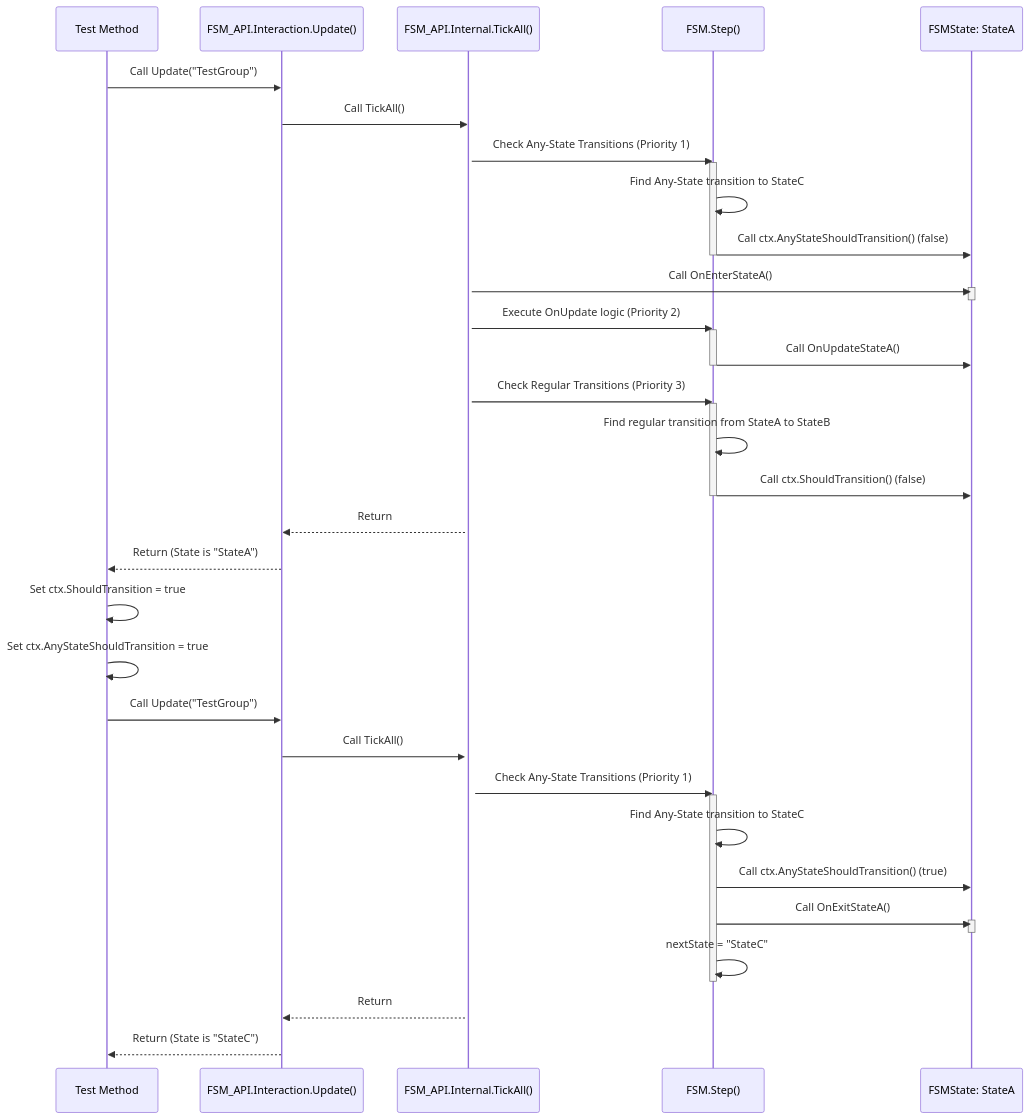
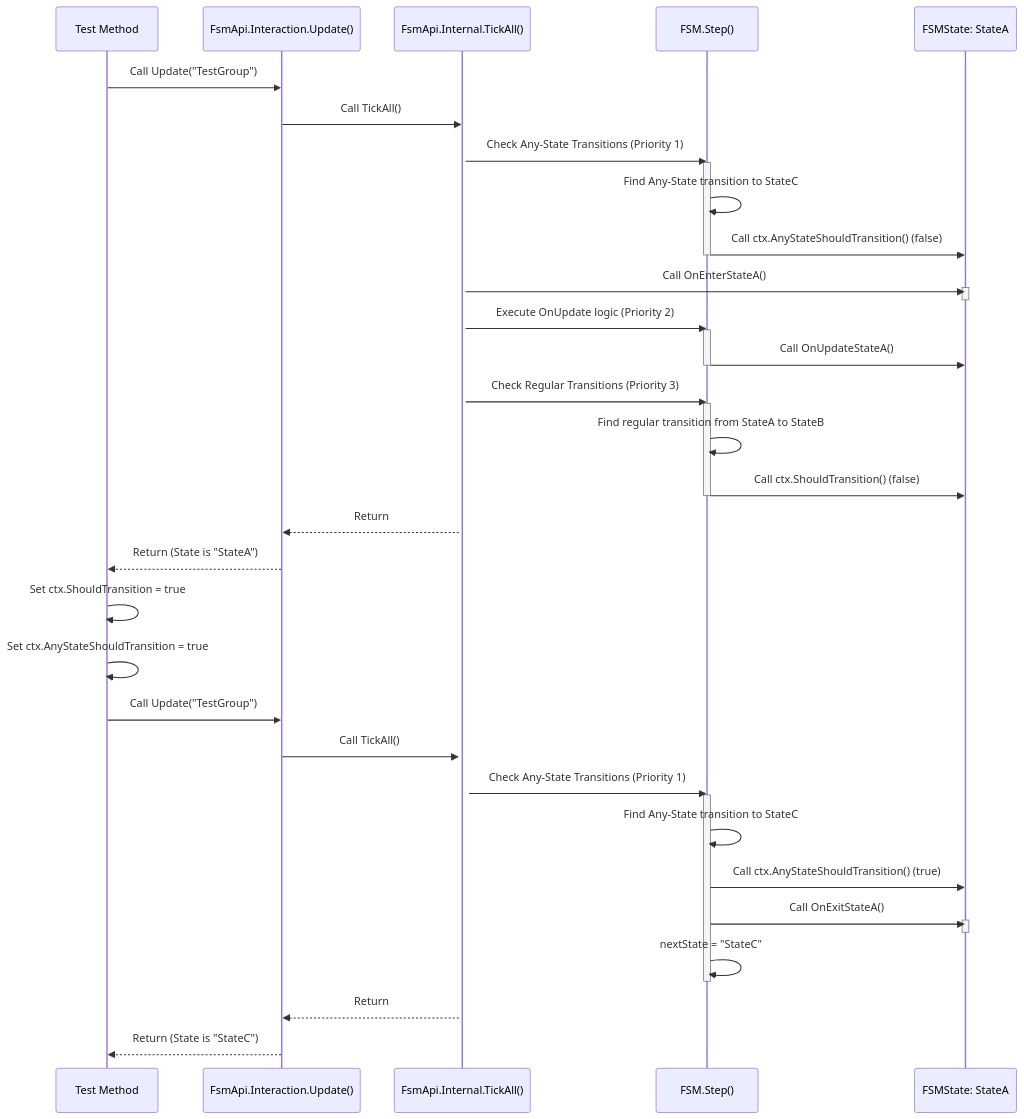
The second of 2 diagrams in Documentation/Technical/Untitled-1.md (TrentBest/FSM_API), drawn with Mermaid before and after one commit. The commit also changed other lines of this file and 4 other files, not shown here.

Commit message:
Update technical and user guide examples to FsmApi

````diff
--- a/Documentation/Technical/Untitled-1.md
+++ b/Documentation/Technical/Untitled-1.md
@@ -80,57 +80,57 @@
 ```mermaid
 sequenceDiagram
     participant Test as Test Method
-    participant API as FSM_API.Interaction.Update()
-    participant Internal as FSM_API.Internal.TickAll()
+    participant API as FsmApi.Interaction.Update()
+    participant Internal as FsmApi.Internal.TickAll()
     participant FSM as FSM.Step()
     participant StateA as FSMState: StateA
     
     Test->>API: Call Update("TestGroup")
     API->>Internal: Call TickAll()
     
     activate Internal
     Internal->>FSM: Check Any-State Transitions (Priority 1)
     
     activate FSM
     FSM->>FSM: Find Any-State transition to StateC
     FSM->>StateA: Call ctx.AnyStateShouldTransition() (false)
     deactivate FSM
     
     Internal->>StateA: Call OnEnterStateA()
     activate StateA
     deactivate StateA
     
     Internal->>FSM: Execute OnUpdate logic (Priority 2)
     activate FSM
     FSM->>StateA: Call OnUpdateStateA()
     deactivate FSM
     
     Internal->>FSM: Check Regular Transitions (Priority 3)
     activate FSM
     FSM->>FSM: Find regular transition from StateA to StateB
     FSM->>StateA: Call ctx.ShouldTransition() (false)
     deactivate FSM
     
     Internal-->>API: Return
     API-->>Test: Return (State is "StateA")
     
     Test->>Test: Set ctx.ShouldTransition = true
     Test->>Test: Set ctx.AnyStateShouldTransition = true
     
     Test->>API: Call Update("TestGroup")
     API->>Internal: Call TickAll()
     
     activate Internal
     Internal->>FSM: Check Any-State Transitions (Priority 1)
     activate FSM
     FSM->>FSM: Find Any-State transition to StateC
     FSM->>StateA: Call ctx.AnyStateShouldTransition() (true)
     FSM->>StateA: Call OnExitStateA()
     activate StateA
     deactivate StateA
     FSM->>FSM: nextState = "StateC"
     deactivate FSM
     
     Internal-->>API: Return
     API-->>Test: Return (State is "StateC")
 ```
````
